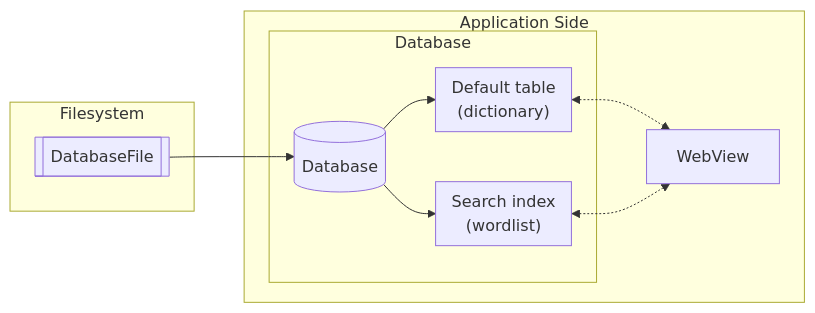
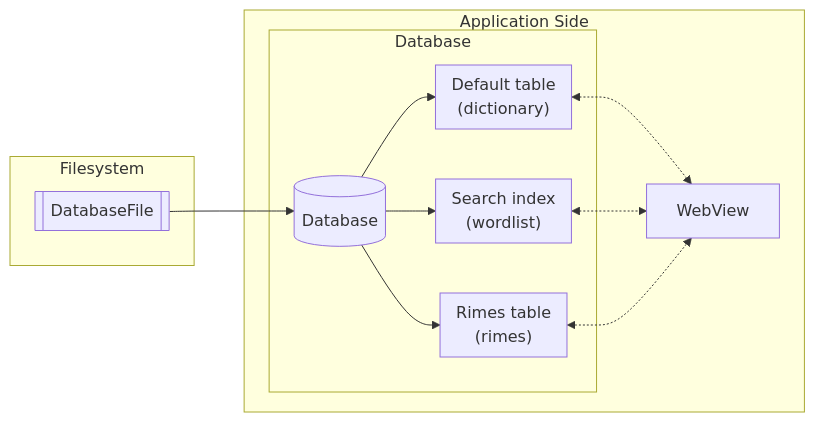
One commit to camarm-dev/remede changed the second of 2 diagrams in INFRASTRUCTURE.md. Above: the diagram before and after it, drawn with Mermaid.

````diff
--- a/INFRASTRUCTURE.md
+++ b/INFRASTRUCTURE.md
@@ -36,20 +36,25 @@
 ```mermaid
 graph LR
     subgraph "Application Side"
         subgraph "Database"
             DB[(Database)] --> Index
             DB --> Main
+            DB --> Rimes
             subgraph Index["Search index\n(wordlist)"]
 
             end
             subgraph Main["Default table\n(dictionary)"]
 
             end
+            subgraph Rimes["Rimes table\n(rimes)"]
+
+            end
         end
         Main <-.-> A[WebView]
         Index <-.-> A[WebView]
+        Rimes <-.-> A[WebView]
     end
     subgraph "Filesystem" 
         DFB[[DatabaseFile]] --> DB
     end
 ```
````
